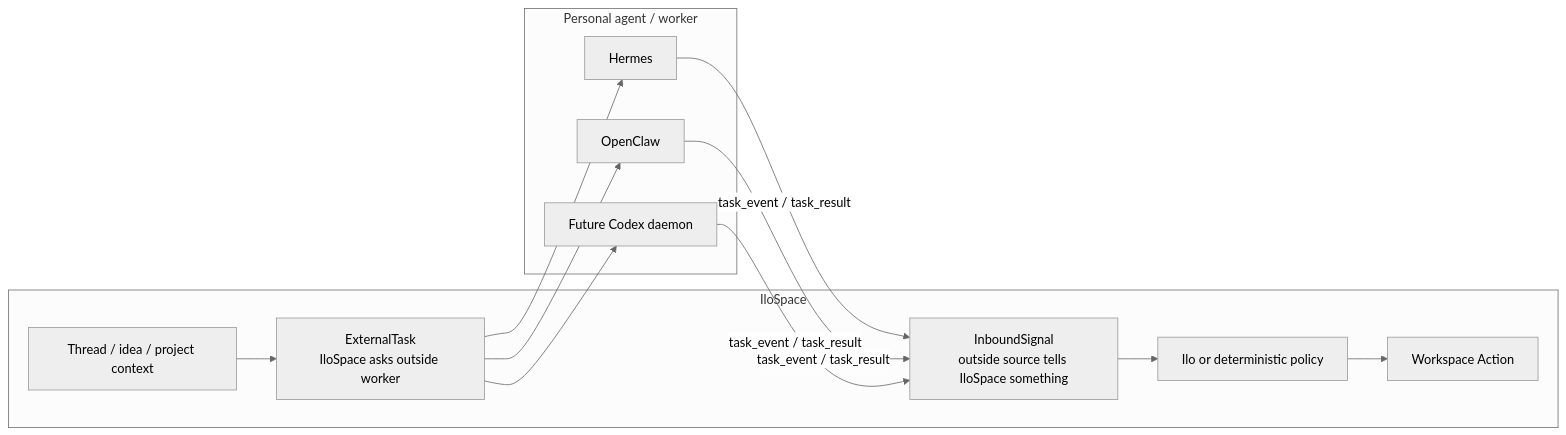
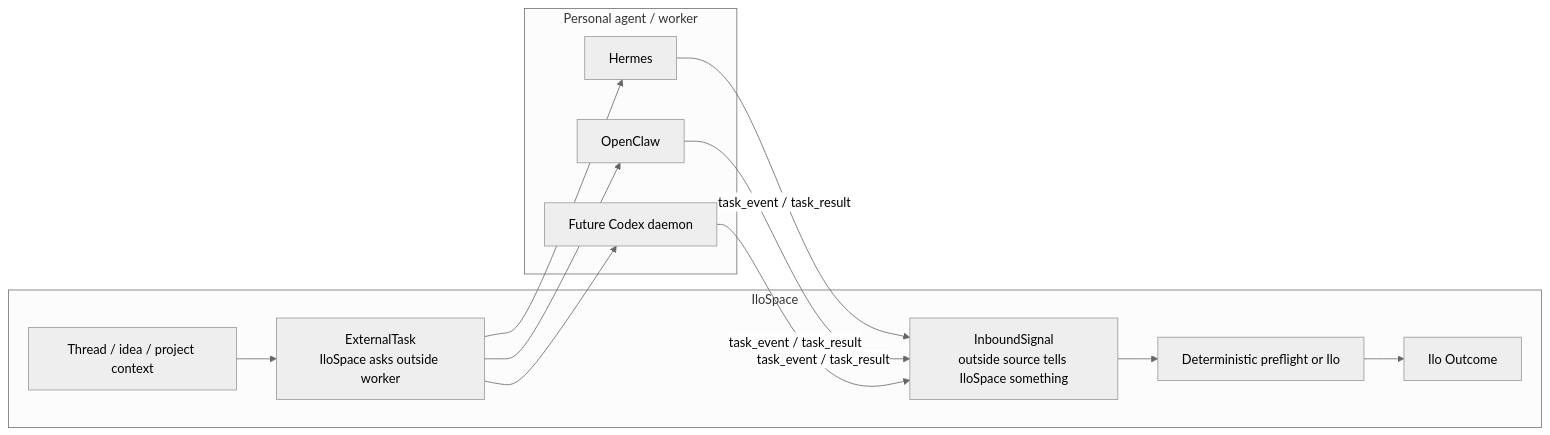
The fourth of 6 diagrams in docs/prd-inbound-coordination-layer.md (Illospace/illospace), drawn with Mermaid (neutral theme) before and after one commit. The commit also changed other lines of this file, not shown here.

````diff
--- a/docs/prd-inbound-coordination-layer.md
+++ b/docs/prd-inbound-coordination-layer.md
@@ -305,28 +320,28 @@
 ```mermaid
 flowchart LR
     subgraph IloSpace["IloSpace"]
         Idea["Thread / idea / project context"]
         Task["ExternalTask<br/>IloSpace asks outside worker"]
         Signal["InboundSignal<br/>outside source tells IloSpace something"]
-        Triage["Ilo or deterministic policy"]
-        Action["Workspace Action"]
+        Triage["Deterministic preflight or Ilo"]
+        Outcome["Ilo Outcome"]
     end
 
     subgraph PersonalAgent["Personal agent / worker"]
         Hermes["Hermes"]
         OpenClaw["OpenClaw"]
         CodexDaemon["Future Codex daemon"]
     end
 
     Idea --> Task
     Task --> Hermes
     Task --> OpenClaw
     Task --> CodexDaemon
 
     Hermes -->|"task_event / task_result"| Signal
     OpenClaw -->|"task_event / task_result"| Signal
     CodexDaemon -->|"task_event / task_result"| Signal
 
     Signal --> Triage
-    Triage --> Action
+    Triage --> Outcome
 ```
````
